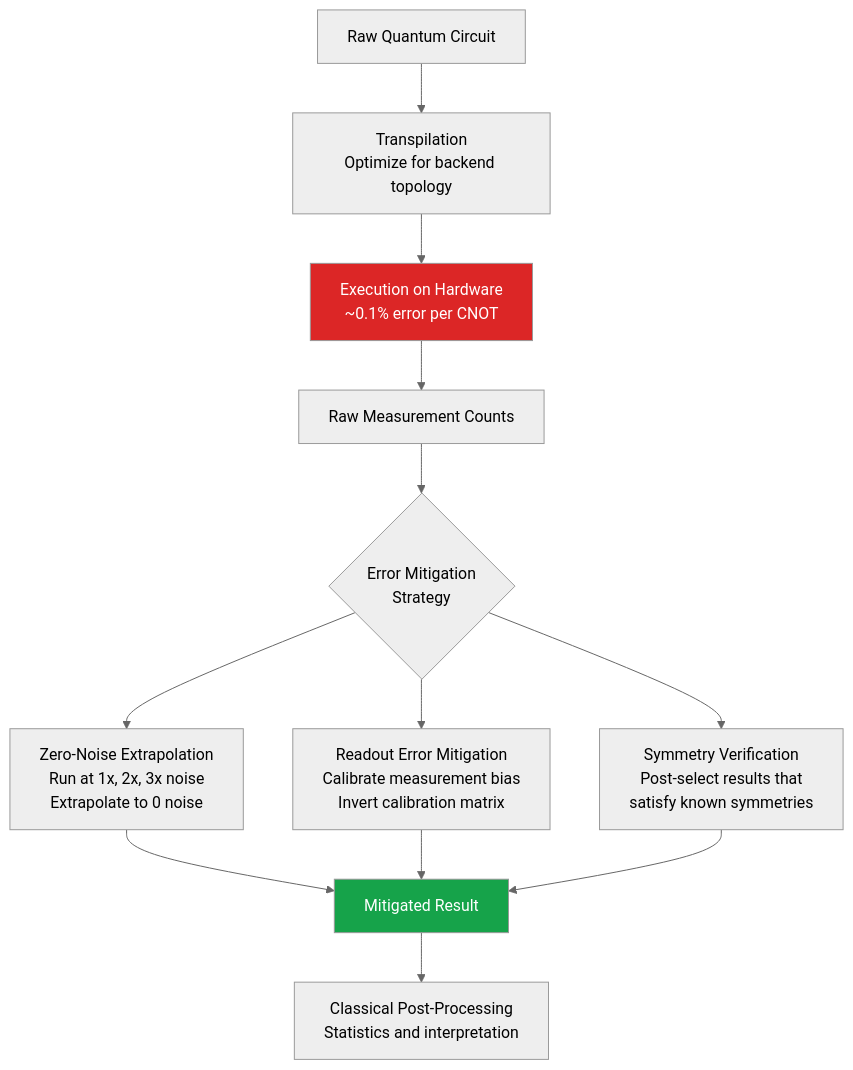
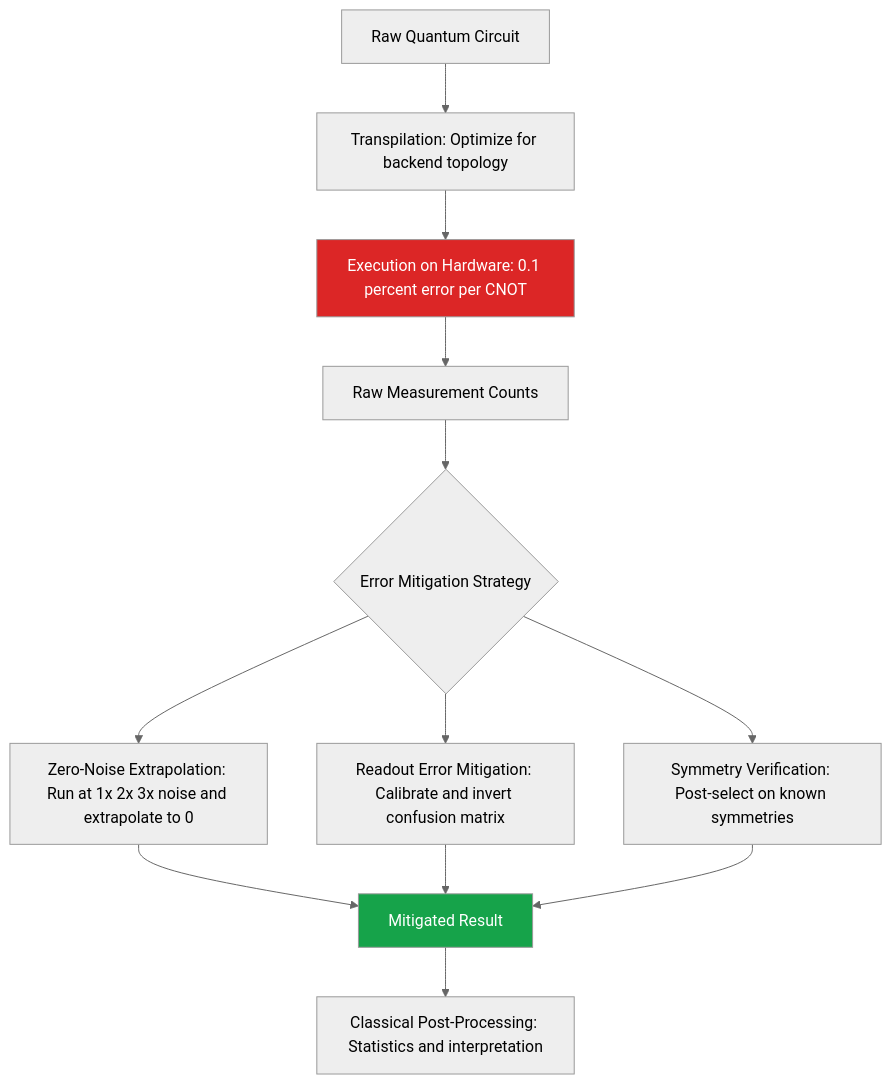
One commit to hkevin01/quantum-compute changed the fifth of 5 diagrams in README.md. Above: the diagram before and after it, drawn with Mermaid (neutral theme). The commit also changed other lines of this file, not shown here.

Commit message:
fix: Update README mermaid diagrams for improved clarity and consistency

````diff
--- a/README.md
+++ b/README.md
@@ -744,17 +744,17 @@
 ```mermaid
 graph TD
-    A["Raw Quantum Circuit"] --> B["Transpilation\nOptimize for backend topology"]
-    B --> C["Execution on Hardware\n~0.1% error per CNOT"]
-    C --> D["Raw Measurement Counts"]
-    D --> E{"Error Mitigation\nStrategy"}
-    E --> F["Zero-Noise Extrapolation\nRun at 1x, 2x, 3x noise\nExtrapolate to 0 noise"]
-    E --> G["Readout Error Mitigation\nCalibrate measurement bias\nInvert calibration matrix"]
-    E --> H["Symmetry Verification\nPost-select results that\nsatisfy known symmetries"]
-    F --> I["Mitigated Result"]
+    A[Raw Quantum Circuit] --> B[Transpilation: Optimize for backend topology]
+    B --> C[Execution on Hardware: 0.1 percent error per CNOT]
+    C --> D[Raw Measurement Counts]
+    D --> E{Error Mitigation Strategy}
+    E --> F[Zero-Noise Extrapolation: Run at 1x 2x 3x noise and extrapolate to 0]
+    E --> G[Readout Error Mitigation: Calibrate and invert confusion matrix]
+    E --> H[Symmetry Verification: Post-select on known symmetries]
+    F --> I[Mitigated Result]
     G --> I
     H --> I
-    I --> J["Classical Post-Processing\nStatistics and interpretation"]
+    I --> J[Classical Post-Processing: Statistics and interpretation]
 
     style C fill:#dc2626,color:#fff
     style I fill:#16a34a,color:#fff
 ```
````
